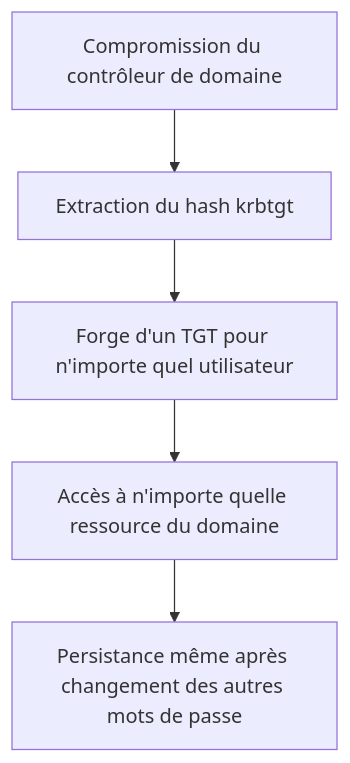
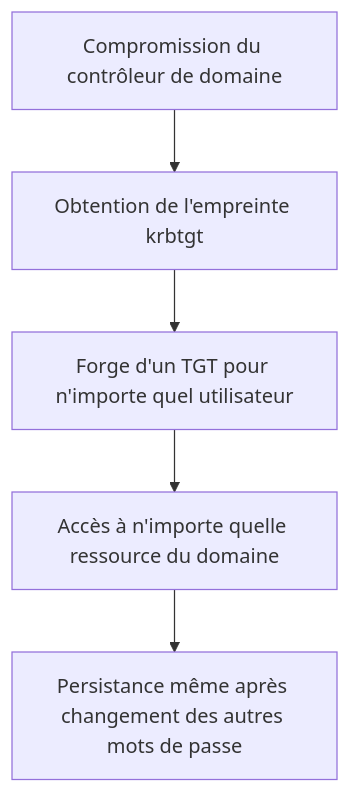
The diagram in content/courses/active-directory/07-persistence-golden-silver-ticket.md (AureDulvresse/nyx), drawn with Mermaid before and after one commit. The commit also changed other lines of this file and 167 other files, not shown here.

````diff
--- a/content/courses/active-directory/07-persistence-golden-silver-ticket.md
+++ b/content/courses/active-directory/07-persistence-golden-silver-ticket.md
@@ -27,7 +32,7 @@
 ```mermaid
-graph TD
-    A[Compromission du contrôleur de domaine] --> B[Extraction du hash krbtgt]
-    B --> C[Forge d'un TGT pour n'importe quel utilisateur]
-    C --> D[Accès à n'importe quelle ressource du domaine]
-    D --> E[Persistance même après changement des autres mots de passe]
+flowchart TD
+    A["Compromission du contrôleur de domaine"] --> B["Obtention de l'empreinte krbtgt"]
+    B --> C["Forge d'un TGT pour n'importe quel utilisateur"]
+    C --> D["Accès à n'importe quelle ressource du domaine"]
+    D --> E["Persistance même après changement des autres mots de passe"]
 ```
````
